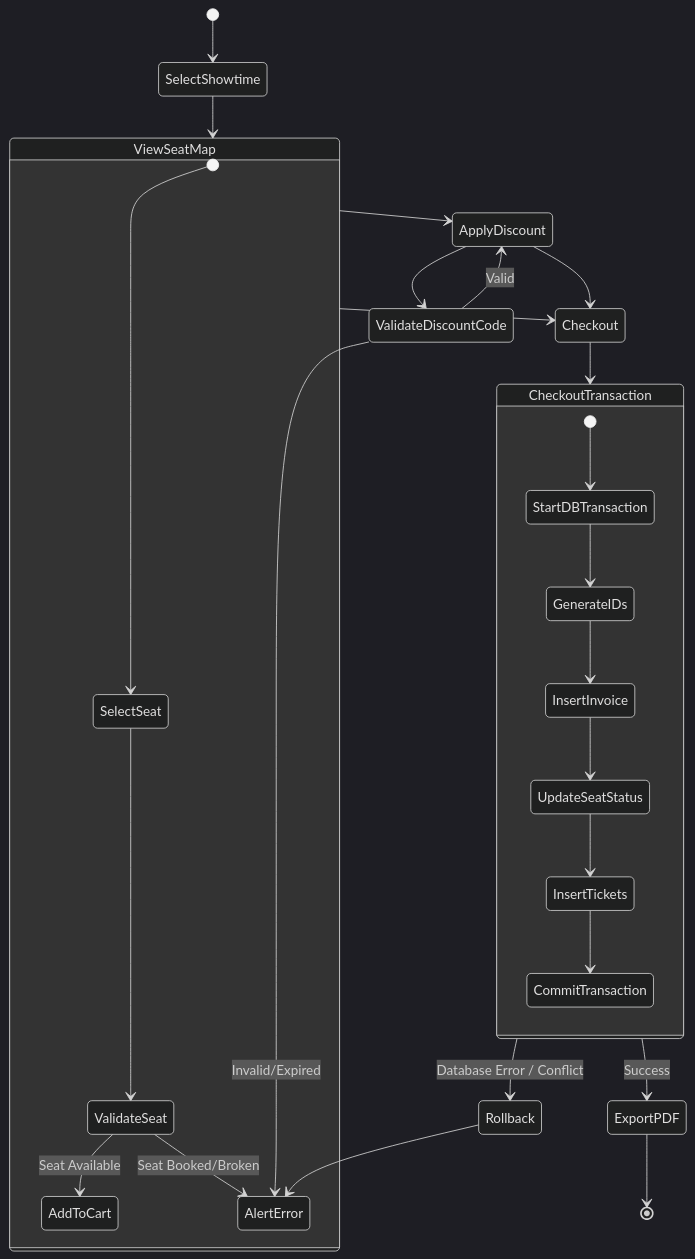
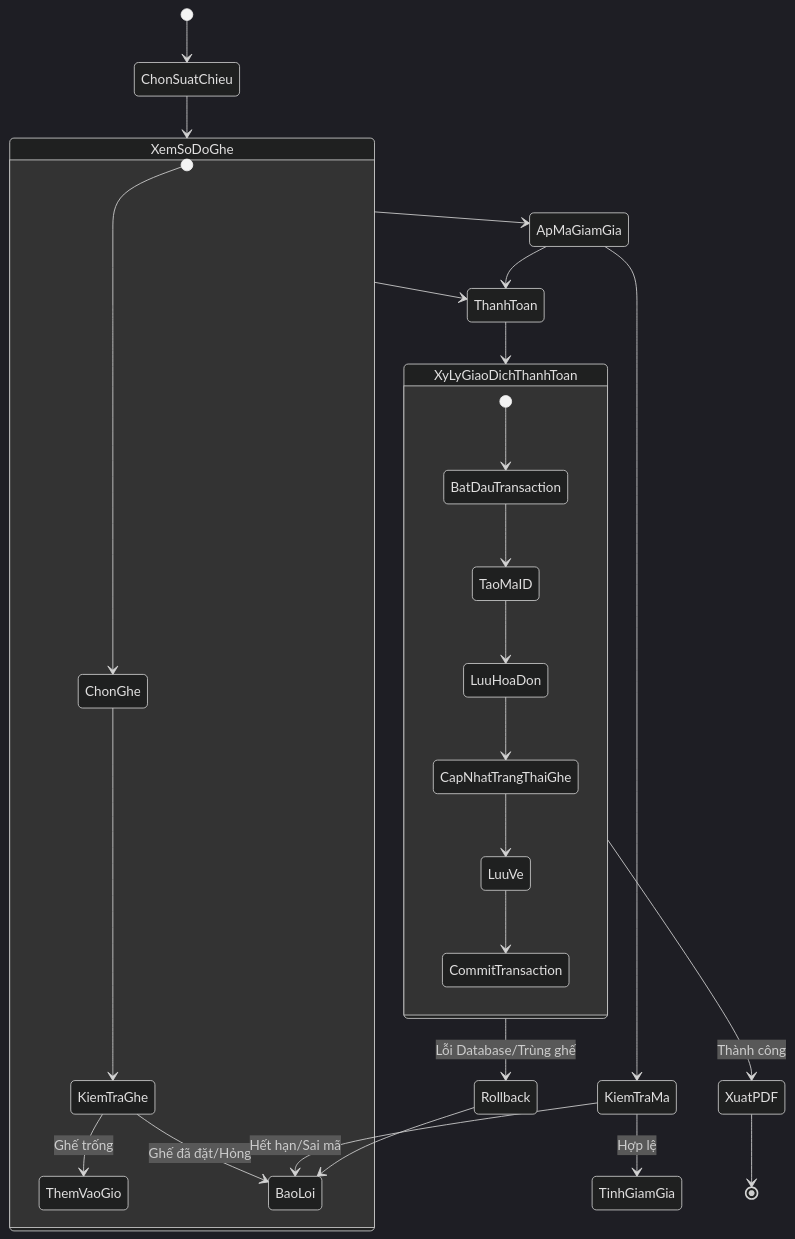
One commit to vtgh04/RapPhim changed the second of 3 diagrams in non-relevant/03_UseCases_And_Workflows.md. Above: the diagram before and after it, drawn with Mermaid (dark theme). The commit also changed other lines of this file and 3 other files, not shown here.

````diff
--- a/non-relevant/03_UseCases_And_Workflows.md
+++ b/non-relevant/03_UseCases_And_Workflows.md
@@ -66,36 +76,36 @@
 ```mermaid
 stateDiagram-v2
-    [*] --> SelectShowtime
-    SelectShowtime --> ViewSeatMap
-  
-    state ViewSeatMap {
-        [*] --> SelectSeat
-        SelectSeat --> ValidateSeat
-        ValidateSeat --> AddToCart: Seat Available
-        ValidateSeat --> AlertError: Seat Booked/Broken
+    [*] --> ChonSuatChieu
+    ChonSuatChieu --> XemSoDoGhe
+    
+    state XemSoDoGhe {
+        [*] --> ChonGhe
+        ChonGhe --> KiemTraGhe
+        KiemTraGhe --> ThemVaoGio: Ghế trống
+        KiemTraGhe --> BaoLoi: Ghế đã đặt/Hỏng
     }
-  
-    ViewSeatMap --> ApplyDiscount
-    ApplyDiscount --> ValidateDiscountCode
-    ValidateDiscountCode --> ApplyDiscount: Valid
-    ValidateDiscountCode --> AlertError: Invalid/Expired
-  
-    ApplyDiscount --> Checkout
-    ViewSeatMap --> Checkout
-  
-    state CheckoutTransaction {
-        [*] --> StartDBTransaction
-        StartDBTransaction --> GenerateIDs
-        GenerateIDs --> InsertInvoice
-        InsertInvoice --> UpdateSeatStatus
-        UpdateSeatStatus --> InsertTickets
-        InsertTickets --> CommitTransaction
+    
+    XemSoDoGhe --> ApMaGiamGia
+    ApMaGiamGia --> KiemTraMa
+    KiemTraMa --> TinhGiamGia: Hợp lệ
+    KiemTraMa --> BaoLoi: Hết hạn/Sai mã
+    
+    ApMaGiamGia --> ThanhToan
+    XemSoDoGhe --> ThanhToan
+    
+    state XyLyGiaoDichThanhToan {
+        [*] --> BatDauTransaction
+        BatDauTransaction --> TaoMaID
+        TaoMaID --> LuuHoaDon
+        LuuHoaDon --> CapNhatTrangThaiGhe
+        CapNhatTrangThaiGhe --> LuuVe
+        LuuVe --> CommitTransaction
     }
-  
-    Checkout --> CheckoutTransaction
-    CheckoutTransaction --> ExportPDF: Success
-    CheckoutTransaction --> Rollback: Database Error / Conflict
-    Rollback --> AlertError
-  
-    ExportPDF --> [*]
+    
+    ThanhToan --> XyLyGiaoDichThanhToan
+    XyLyGiaoDichThanhToan --> XuatPDF: Thành công
+    XyLyGiaoDichThanhToan --> Rollback: Lỗi Database/Trùng ghế
+    Rollback --> BaoLoi
+    
+    XuatPDF --> [*]
 ```
````
